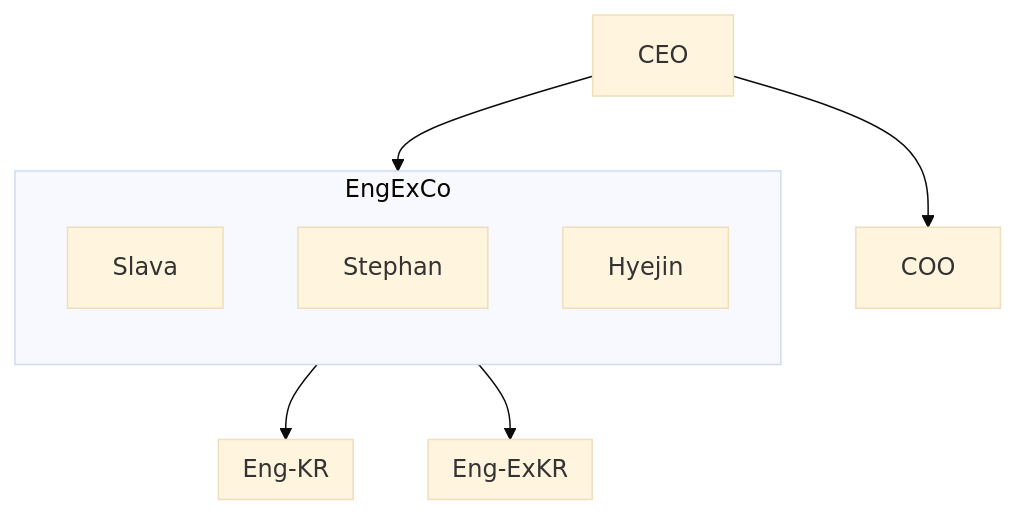
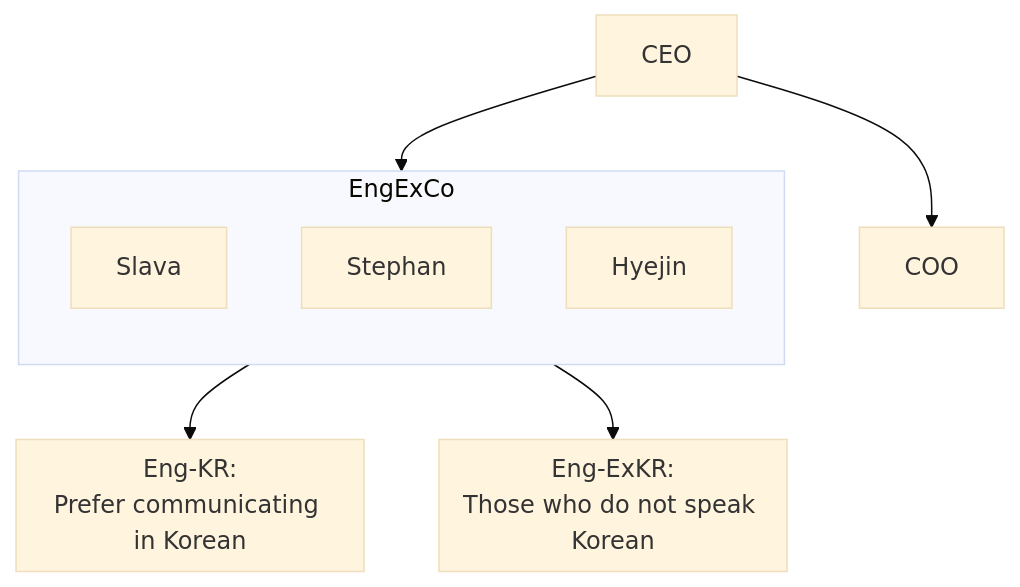
Before and after one commit to longjmpr/fmeng: the diagram in exco_struct.md, drawn with Mermaid (base theme).

Commit message:
Update exco_struct.md
Added clarification on subgroups with labels

````diff
--- a/exco_struct.md
+++ b/exco_struct.md
@@ -1,28 +1,33 @@
 ```mermaid
 graph TD;
     CEO["CEO"]
     COO
 
     CEO --> COO
 
     subgraph EngExCo
         direction TB
         VP_Eng["Slava"]
         CTO["Stephan"]
         Dir_Eng["Hyejin"]
     end
 
     CEO --> EngExCo
     EngExCo --> Eng-KR
     EngExCo --> Eng-ExKR
-    
-    subgraph Eng-KR
+
+    %% This is all Korean-speaking engineers
+    subgraph Eng-KR [Eng-KR:
+Prefer communicating in Korean]
     end
-    subgraph Eng-ExKR
+    %% This is all engineers based outside of Korea
+    subgraph Eng-ExKR [Eng-ExKR:
+Those who do not speak Korean]
     end
+
 
     %%DD[Director of Design]
     %%ADD["Assc Dir Design"]
     %%DD --> ADD
 
 ```
````
